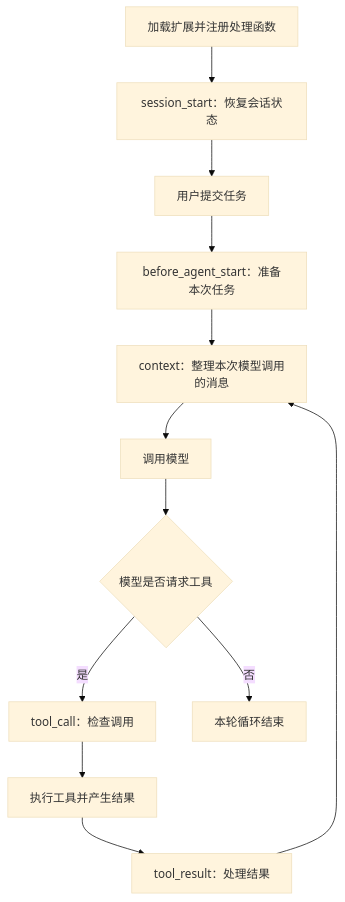
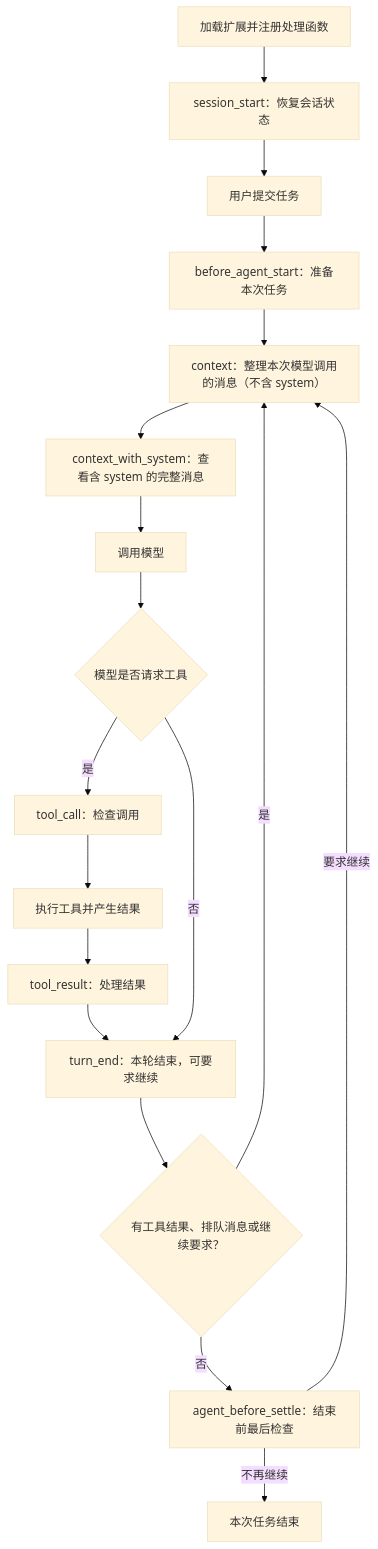
One commit to Dante-dan/pi-agent-book changed the diagram in book/06-extensibility.md. Above: the diagram before and after it, drawn with Mermaid (base theme). The commit also changed other lines of this file and 4 other files, not shown here.

Commit message:
Update Mermaid diagrams for Pi 0.87.1 and rerun syntax check

````diff
--- a/book/06-extensibility.md
+++ b/book/06-extensibility.md
@@ -31,14 +31,20 @@
 ```mermaid
 flowchart TD
     A[加载扩展并注册处理函数] --> B[session_start：恢复会话状态]
     B --> C[用户提交任务]
     C --> D[before_agent_start：准备本次任务]
-    D --> E[context：整理本次模型调用的消息]
-    E --> F[调用模型]
+    D --> E["context：整理本次模型调用的消息（不含 system）"]
+    E --> E2["context_with_system：查看含 system 的完整消息"]
+    E2 --> F[调用模型]
     F --> G{模型是否请求工具}
     G -- 是 --> H[tool_call：检查调用]
     H --> I[执行工具并产生结果]
     I --> J[tool_result：处理结果]
-    J --> E
-    G -- 否 --> K[本轮循环结束]
+    J --> T[turn_end：本轮结束，可要求继续]
+    G -- 否 --> T
+    T --> N{"有工具结果、排队消息或继续要求？"}
+    N -- 是 --> E
+    N -- 否 --> S[agent_before_settle：结束前最后检查]
+    S -- 要求继续 --> E
+    S -- 不再继续 --> K[本次任务结束]
 ```
````
